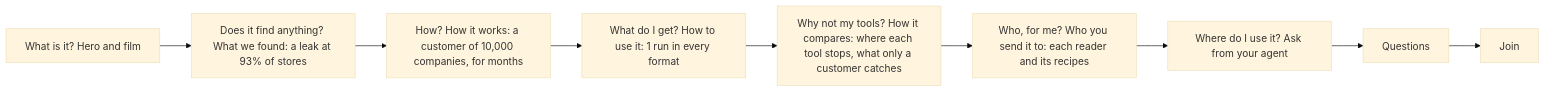
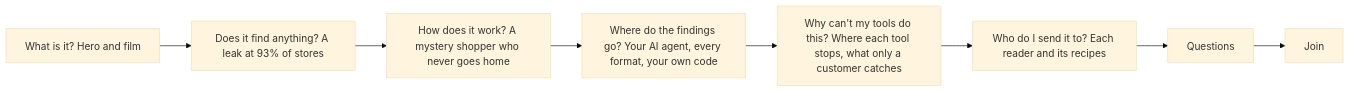
The second of 2 diagrams in COPY.md (UseObsession/homepage), drawn with Mermaid (base theme) before and after one commit. The commit also changed other lines of this file and 7 other files, not shown here.

````diff
--- a/COPY.md
+++ b/COPY.md
@@ -163,10 +163,9 @@
 ```mermaid
 flowchart LR
-  a["What is it? Hero and film"] --> b["Does it find anything? What we found: a leak at 93% of stores"]
-  b --> c["How? How it works: a customer of 10,000 companies, for months"]
-  c --> c2["What do I get? How to use it: 1 run in every format"]
-  c2 --> d["Why not my tools? How it compares: where each tool stops, what only a customer catches"]
-  d --> e["Who, for me? Who you send it to: each reader and its recipes"]
-  e --> f["Where do I use it? Ask from your agent"]
-  f --> j["Questions"] --> k["Join"]
+  a["What is it? Hero and film"] --> b["Does it find anything? A leak at 93% of stores"]
+  b --> c["How does it work? A mystery shopper who never goes home"]
+  c --> c2["Where do the findings go? Your AI agent, every format, your own code"]
+  c2 --> d["Why can't my tools do this? Where each tool stops, what only a customer catches"]
+  d --> e["Who do I send it to? Each reader and its recipes"]
+  e --> j["Questions"] --> k["Join"]
 ```
````
